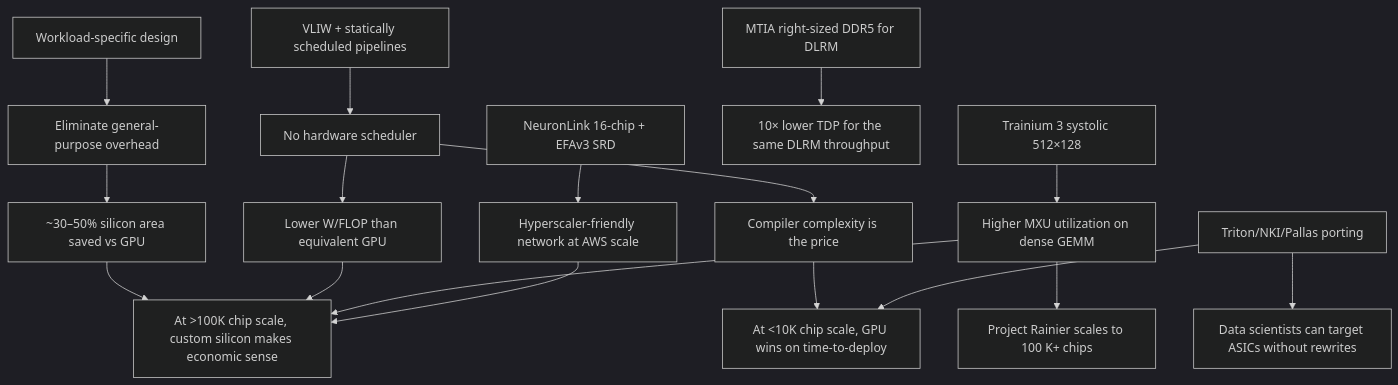
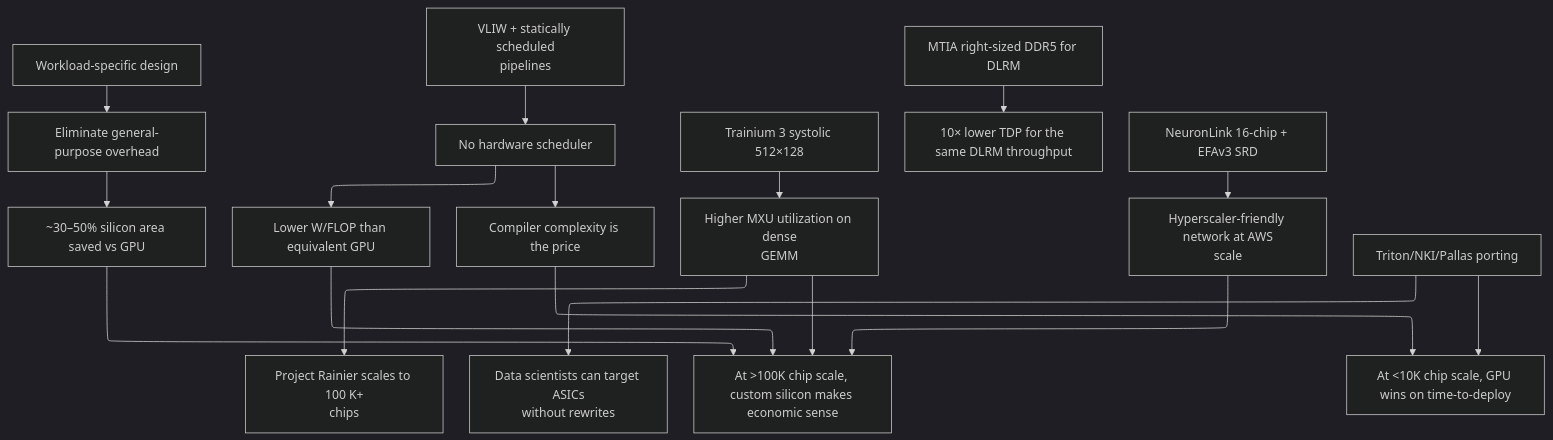
The fourth of 4 diagrams in ai_infra/L3_Microarchitecture/Cloud_ASICs.md (Wty2003328/ai_infra_intro), drawn with Mermaid (dark theme) before and after one commit. The commit also changed other lines of this file and 108 other files, not shown here.

````diff
--- a/ai_infra/L3_Microarchitecture/Cloud_ASICs.md
+++ b/ai_infra/L3_Microarchitecture/Cloud_ASICs.md
@@ -203,21 +206,22 @@
 ```mermaid
+%%{init: {"flowchart": {"defaultRenderer": "elk", "nodeSpacing": 60, "rankSpacing": 60, "htmlLabels": false}}}%%
 flowchart TD
     A[Workload-specific design] --> B[Eliminate general-purpose overhead]
     B --> C[~30–50% silicon area saved vs GPU]
 
-    D[VLIW + statically scheduled pipelines] --> E[No hardware scheduler]
+    D[VLIW + statically scheduled<br/>pipelines] --> E[No hardware scheduler]
     E --> F[Lower W/FLOP than equivalent GPU]
     E --> G[Compiler complexity is the price]
 
-    H[Trainium 3 systolic 512×128] --> I[Higher MXU utilization on dense GEMM]
-    I --> J[Project Rainier scales to 100 K+ chips]
+    H[Trainium 3 systolic 512×128] --> I[Higher MXU utilization on dense<br/>GEMM]
+    I --> J[Project Rainier scales to 100 K+<br/>chips]
 
     K[MTIA right-sized DDR5 for DLRM] --> L["10× lower TDP for the same DLRM throughput"]
 
-    M[NeuronLink 16-chip + EFAv3 SRD] --> N[Hyperscaler-friendly network at AWS scale]
+    M[NeuronLink 16-chip + EFAv3 SRD] --> N[Hyperscaler-friendly network at AWS<br/>scale]
 
-    O[Triton/NKI/Pallas porting] --> P[Data scientists can target ASICs without rewrites]
+    O[Triton/NKI/Pallas porting] --> P[Data scientists can target ASICs<br/>without rewrites]
 
     C & F & I & N --> Q["At >100K chip scale, custom silicon makes economic sense"]
     G & O --> R["At <10K chip scale, GPU wins on time-to-deploy"]
 ```
````
